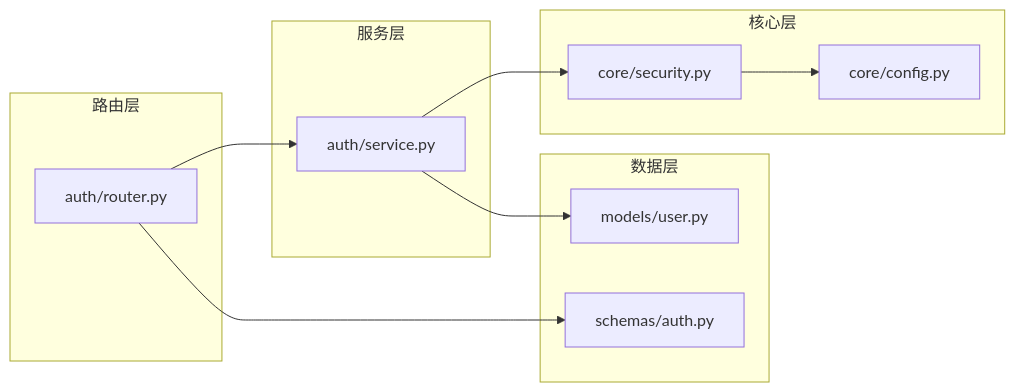
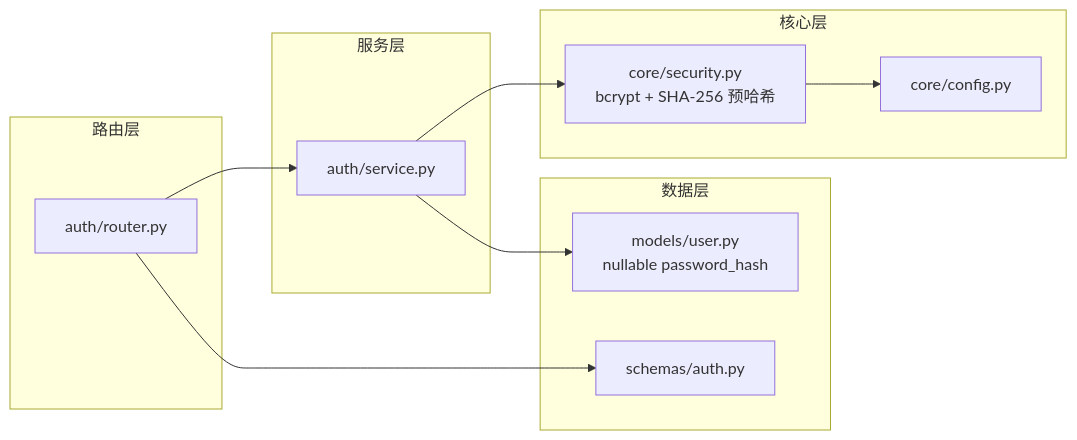
One commit to selectzhangyuan/AI-photo-coach changed diagram 11 of 11 in .qoder/repowiki/zh/content/安全和认证/密码哈希与验证.md. Above: the diagram before and after it, drawn with Mermaid. The commit also changed other lines of this file and 28 other files, not shown here.

````diff
--- a/.qoder/repowiki/zh/content/安全和认证/密码哈希与验证.md
+++ b/.qoder/repowiki/zh/content/安全和认证/密码哈希与验证.md
@@ -377,22 +437,22 @@
 ```mermaid
 graph LR
 subgraph "路由层"
 AuthRouter[auth/router.py]
 end
 subgraph "服务层"
 AuthService[auth/service.py]
 end
 subgraph "核心层"
-Security[core/security.py]
+Security[core/security.py<br/>bcrypt + SHA-256 预哈希]
 Config[core/config.py]
 end
 subgraph "数据层"
-UserModel[models/user.py]
+UserModel[models/user.py<br/>nullable password_hash]
 Schemas[schemas/auth.py]
 end
 AuthRouter --> AuthService
 AuthService --> Security
 AuthService --> UserModel
 AuthRouter --> Schemas
 Security --> Config
 ```
````
